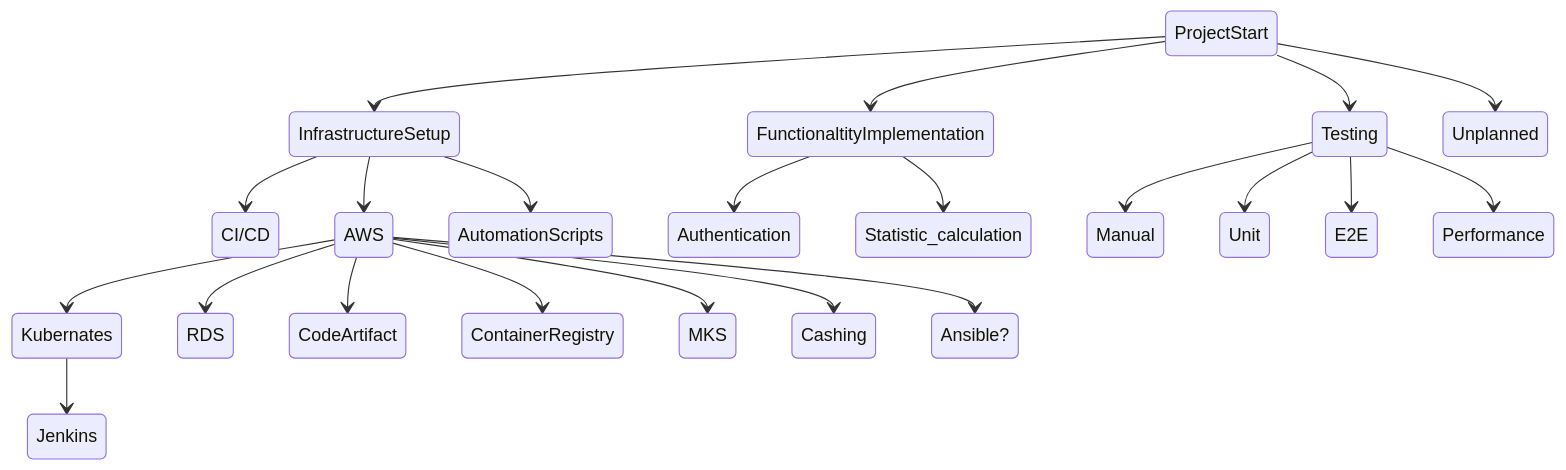
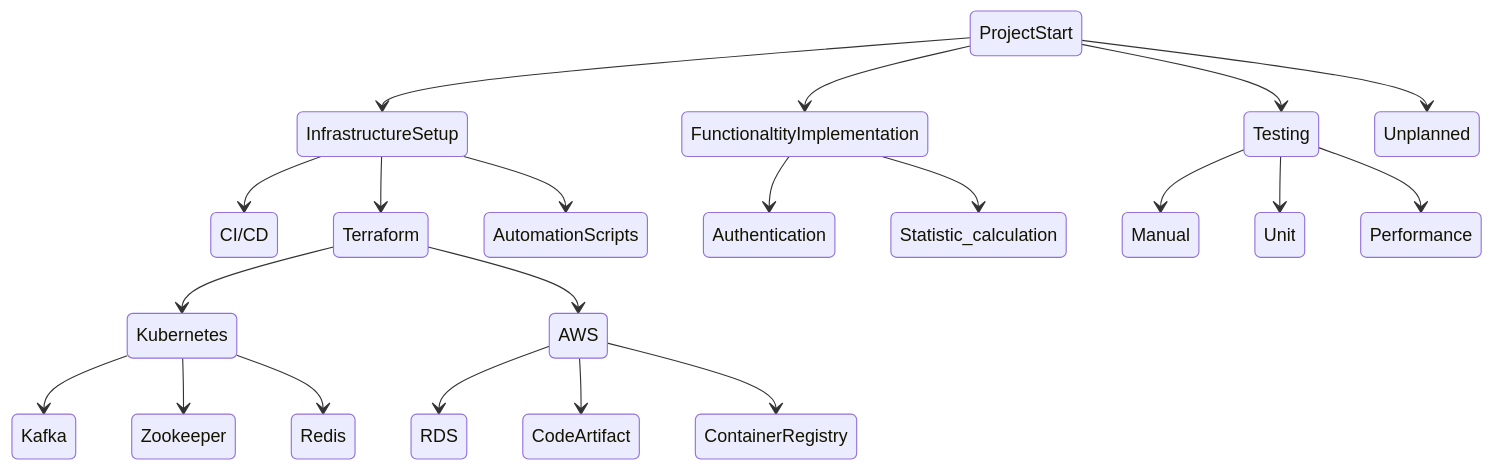
One commit to pauldaniv/yellow-taxi changed the diagram in README.md. Above: the diagram before and after it, drawn with Mermaid.

````diff
--- a/README.md
+++ b/README.md
@@ -6,25 +6,24 @@
 ```mermaid
 stateDiagram-v2
     ProjectStart --> InfrastructureSetup
         InfrastructureSetup --> CI/CD
-        InfrastructureSetup --> AWS
-            AWS --> Kubernates
-                Kubernates --> Jenkins
-            AWS --> RDS
-            AWS --> CodeArtifact
-            AWS --> ContainerRegistry
-            AWS --> MKS
-            AWS --> Cashing
-            AWS --> Ansible?
+        InfrastructureSetup --> Terraform
+            Terraform --> Kubernetes
+                Kubernetes --> Kafka
+                Kubernetes --> Zookeeper
+                Kubernetes --> Redis
+            Terraform --> AWS
+                AWS --> RDS
+                AWS --> CodeArtifact
+                AWS --> ContainerRegistry
         InfrastructureSetup --> AutomationScripts
     ProjectStart --> FunctionaltityImplementation
         FunctionaltityImplementation --> Authentication
         FunctionaltityImplementation --> Statistic_calculation
     ProjectStart --> Testing
         Testing --> Manual
         Testing --> Unit
-        Testing --> E2E
         Testing --> Performance
     ProjectStart --> Unplanned
     
 ```
````
